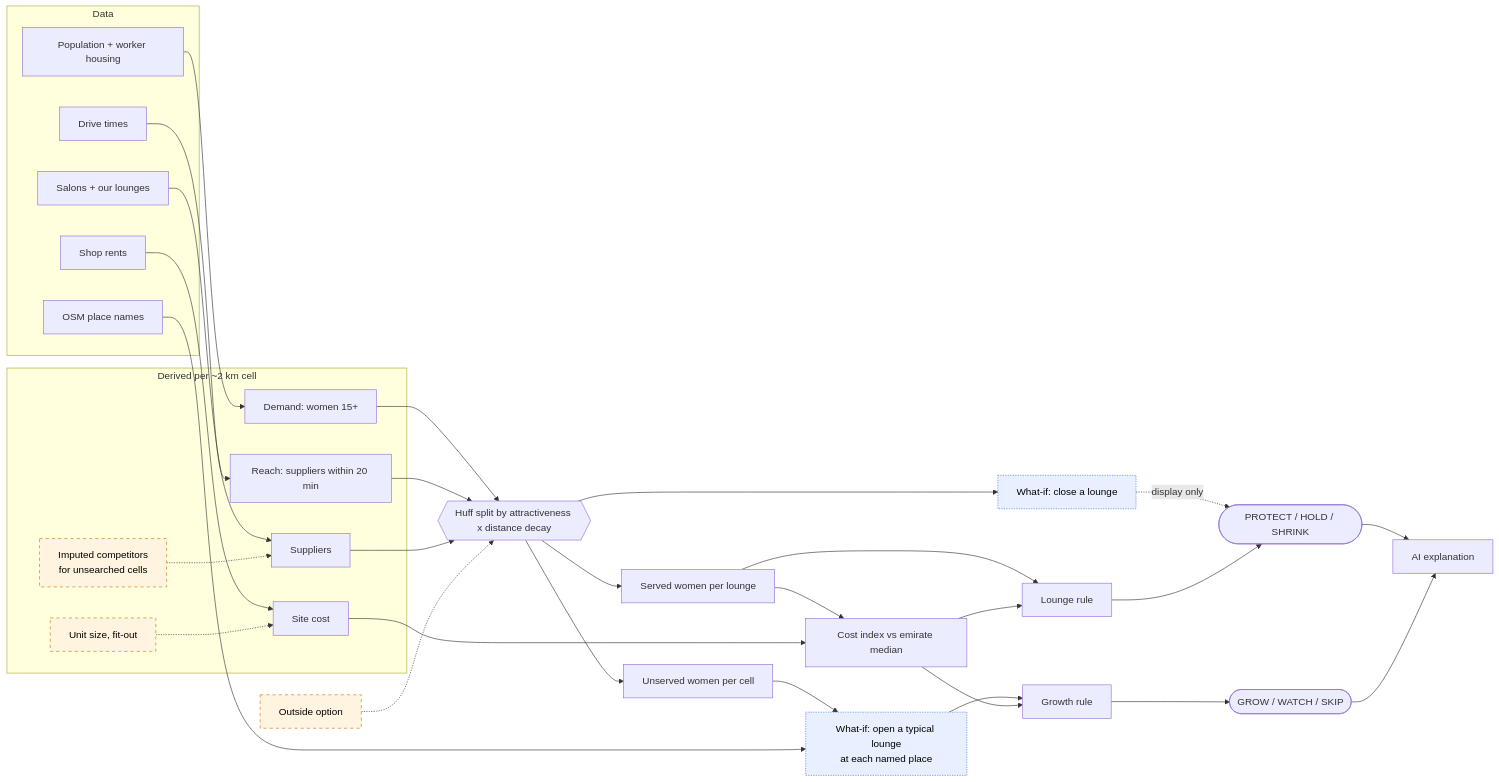
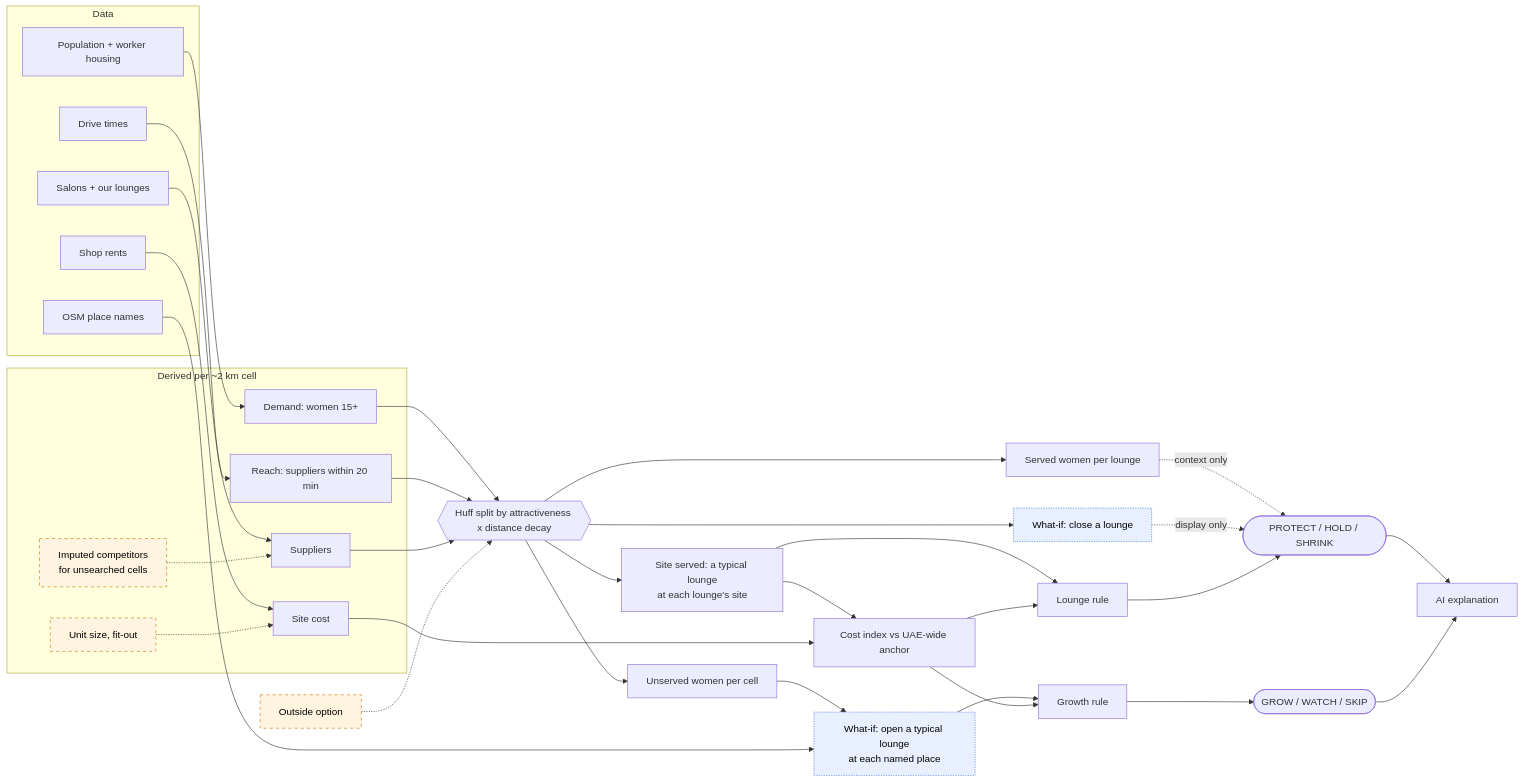
One commit to thenomadlad/2pz-ai-case-study changed the first of 2 diagrams in README.md. Above: the diagram before and after it, drawn with Mermaid. The commit also changed other lines of this file and 4 other files, not shown here.

First line of the commit message:
Docs: site-scored model and the UAE-wide cost anchor

````diff
--- a/README.md
+++ b/README.md
@@ -174,60 +179,63 @@
 ```mermaid
 flowchart LR
   subgraph SRC["Data"]
     WP["Population + worker housing"]
     MB["Drive times"]
     GP["Salons + our lounges"]
     RENT["Shop rents"]
     OSM["OSM place names"]
   end
   subgraph DER["Derived per ~2 km cell"]
     DEM["Demand: women 15+"]
     REACH["Reach: suppliers within 20 min"]
     SUP["Suppliers"]
     IMP["Imputed competitors<br/>for unsearched cells"]:::assume
     COST["Site cost"]
     UNIT["Unit size, fit-out"]:::assume
   end
   HUFF{{"Huff split by attractiveness x distance decay"}}
   OUT["Outside option"]:::assume
   SERVED["Served women per lounge"]
   UNSERVED["Unserved women per cell"]
-  CIX["Cost index vs emirate median"]
+  SITE["Site served: a typical lounge<br/>at each lounge's site"]
+  CIX["Cost index vs UAE-wide anchor"]
   CANN["What-if: close a lounge"]:::whatif
   OPEN["What-if: open a typical lounge<br/>at each named place"]:::whatif
   LRULE["Lounge rule"]
   GRULE["Growth rule"]
   LCALL(["PROTECT / HOLD / SHRINK"])
   GCALL(["GROW / WATCH / SKIP"])
   AI["AI explanation"]
 
   WP --> DEM
   MB --> REACH
   GP --> SUP
   IMP -.-> SUP
   RENT --> COST
   UNIT -.-> COST
   DEM --> HUFF
   REACH --> HUFF
   SUP --> HUFF
   OUT -.-> HUFF
   HUFF --> SERVED
   HUFF --> UNSERVED
-  SERVED --> CIX
+  HUFF --> SITE
+  SITE --> CIX
   COST --> CIX
-  SERVED --> LRULE
+  SITE --> LRULE
+  SERVED -.->|context only| LCALL
   CIX --> LRULE
   HUFF --> CANN
   CANN -.->|display only| LCALL
   UNSERVED --> OPEN
   OSM --> OPEN
   OPEN --> GRULE
   CIX --> GRULE
   LRULE --> LCALL
   GRULE --> GCALL
   LCALL --> AI
   GCALL --> AI
 
   classDef assume stroke-dasharray: 5 5,fill:#fff4e0,stroke:#c77700,color:#000
   classDef whatif stroke-dasharray: 2 2,fill:#e8f0ff,stroke:#3b6fd6,color:#000
 ```
````
